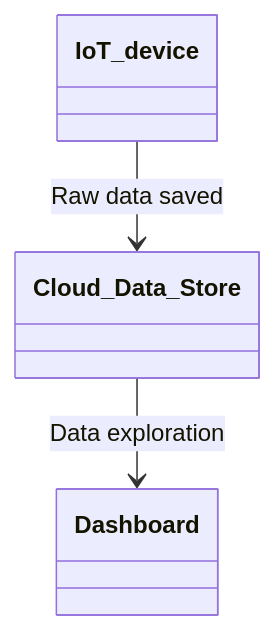
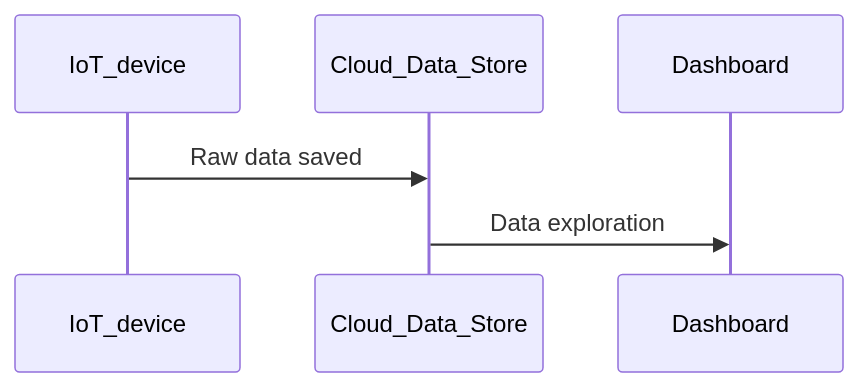
The diagram in README.md (CivicTechTO/tRacket-directory-START-HERE), drawn with Mermaid before and after one commit.

````diff
--- a/README.md
+++ b/README.md
@@ -35,5 +35,5 @@
 ```mermaid
-classDiagram
-    IoT_device --> Cloud_Data_Store : Raw data saved
-    Cloud_Data_Store --> Dashboard : Data exploration 
+sequenceDiagram
+    IoT_device ->> Cloud_Data_Store : Raw data saved
+    Cloud_Data_Store ->> Dashboard : Data exploration 
 ```
````
